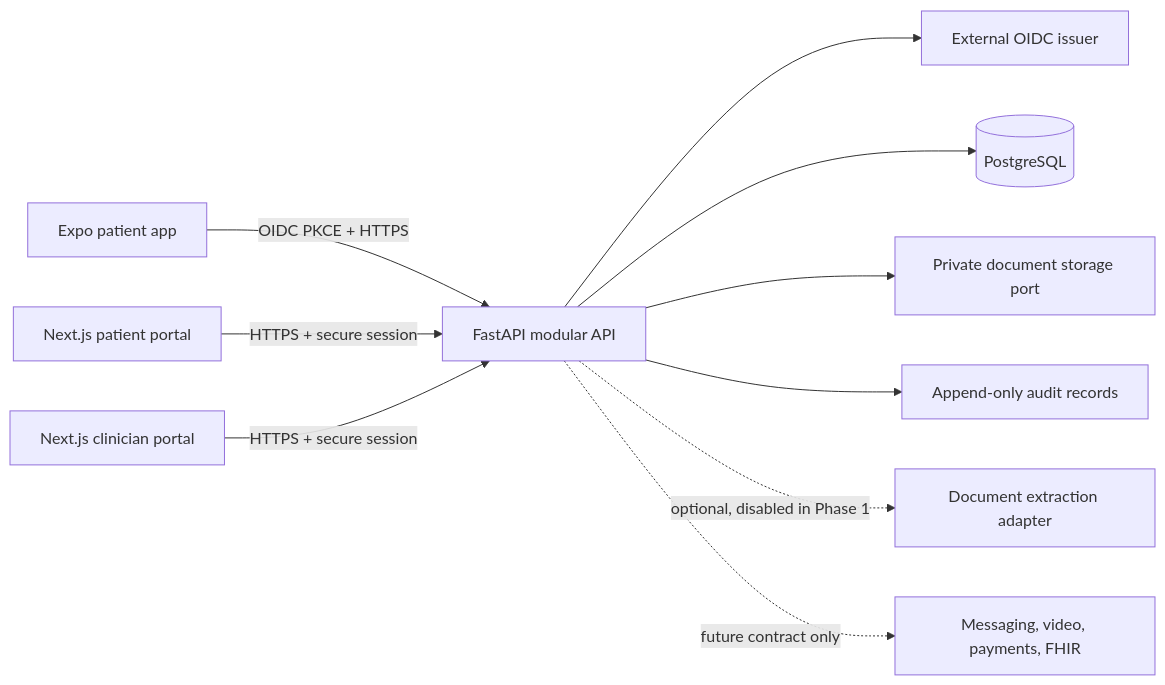
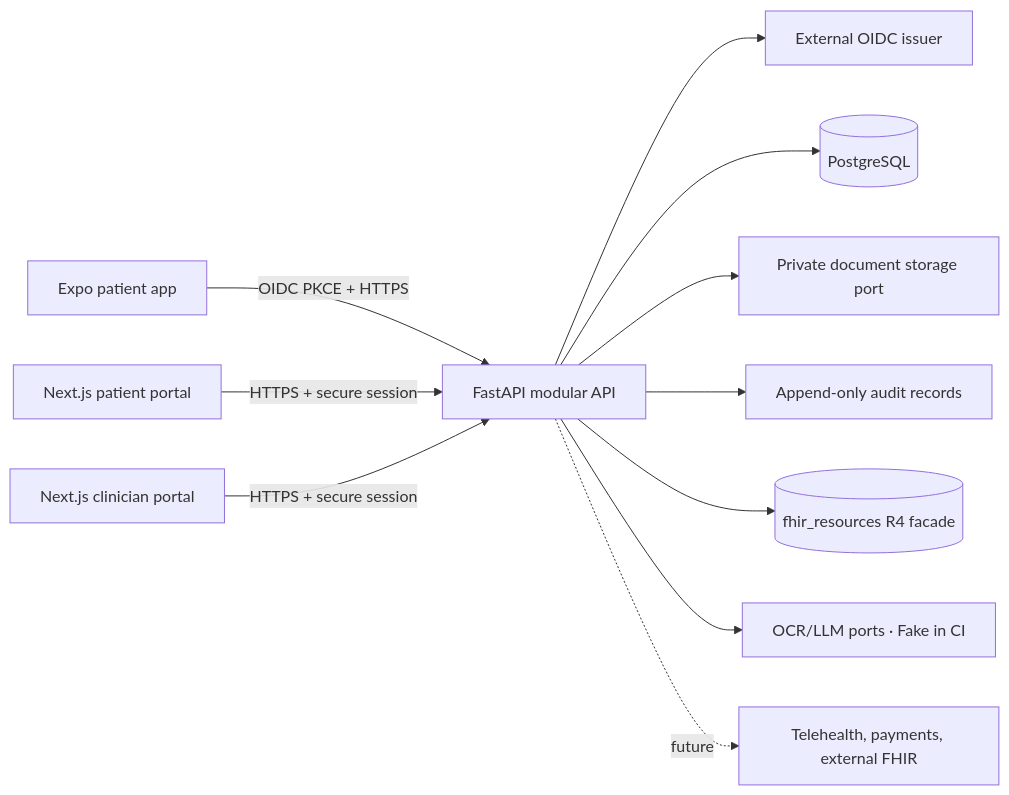
The first of 2 diagrams in docs/architecture.md (ConsultAmerica/healthomatix), drawn with Mermaid before and after one commit. The commit also changed other lines of this file and 222 other files, not shown here.

````diff
--- a/docs/architecture.md
+++ b/docs/architecture.md
@@ -111,12 +132,13 @@
 ```mermaid
 flowchart LR
   PatientMobile[Expo patient app] -->|OIDC PKCE + HTTPS| API[FastAPI modular API]
   PatientWeb[Next.js patient portal] -->|HTTPS + secure session| API
   ClinicianWeb[Next.js clinician portal] -->|HTTPS + secure session| API
   API --> Identity[External OIDC issuer]
   API --> DB[(PostgreSQL)]
   API --> Storage[Private document storage port]
   API --> Audit[Append-only audit records]
-  API -. optional, disabled in Phase 1 .-> Extract[Document extraction adapter]
-  API -. future contract only .-> Integrations[Messaging, video, payments, FHIR]
+  API --> FHIR[(fhir_resources R4 facade)]
+  API --> Extract[OCR/LLM ports · Fake in CI]
+  API -. future .-> Integrations[Telehealth, payments, external FHIR]
 ```
````
